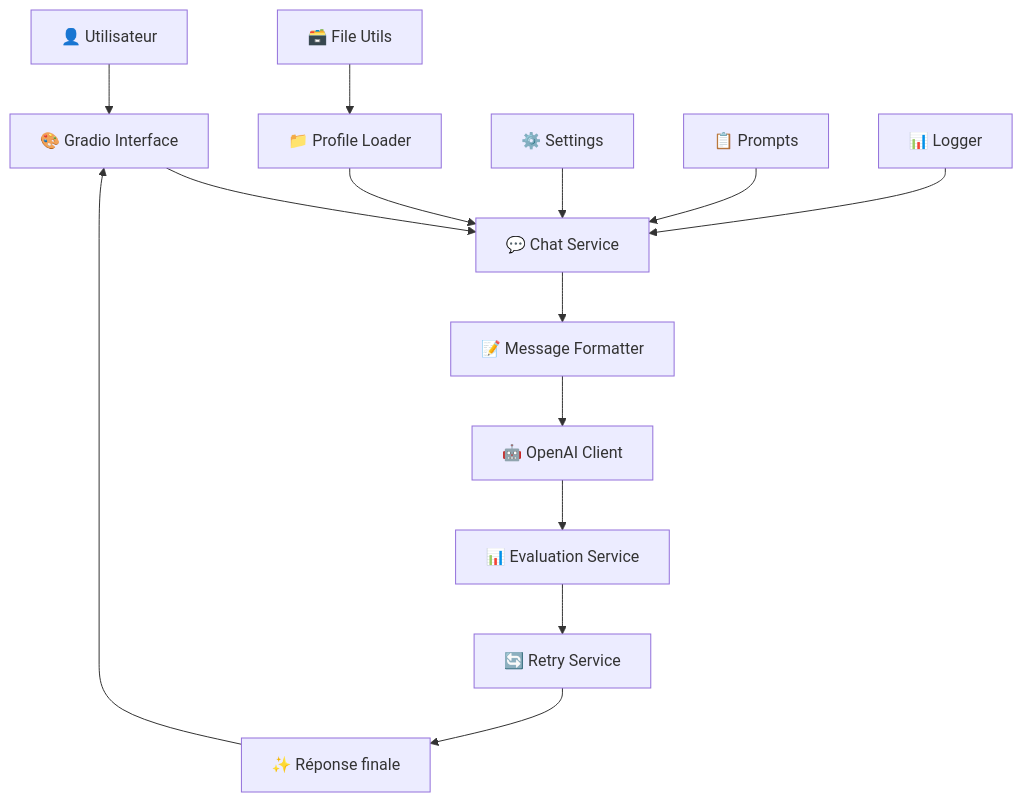
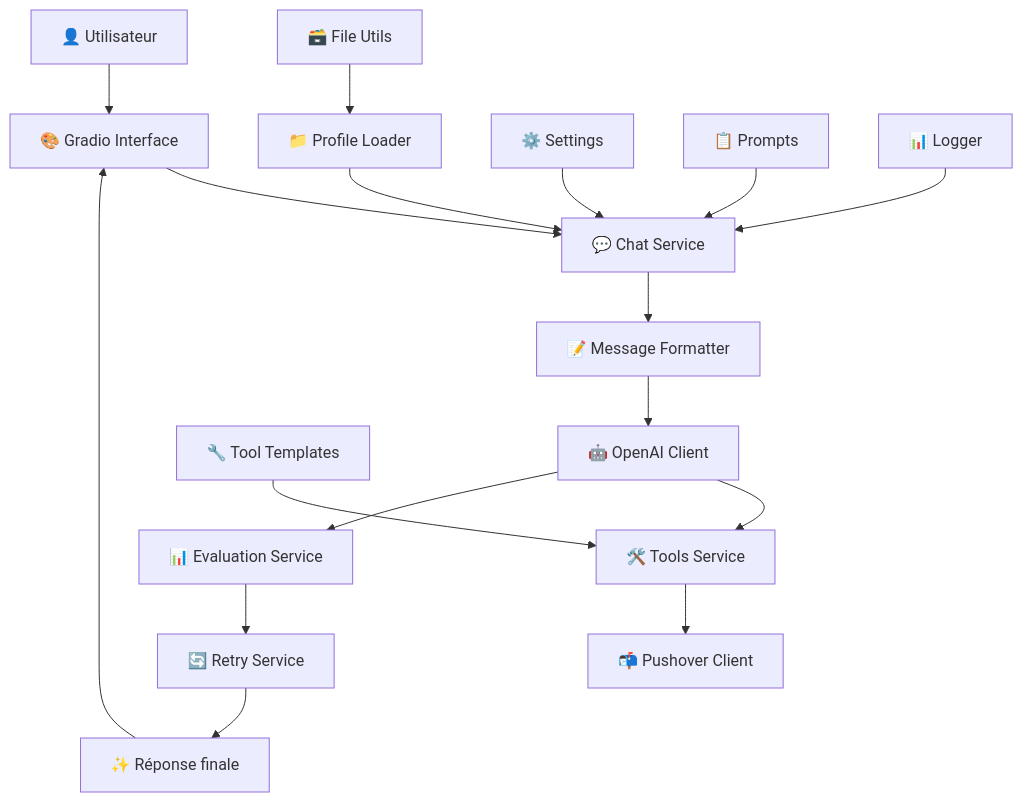
Before and after one commit to PicardRaphael/chat-bot: the first of 3 diagrams in README.md, drawn with Mermaid. The commit also changed other lines of this file, not shown here.

Commit message:
docs: update README with function calling system and Pushover tools configuration details

````diff
--- a/README.md
+++ b/README.md
@@ -137,17 +146,20 @@
 ```mermaid
 graph TB
     A["👤 Utilisateur"] --> B["🎨 Gradio Interface"]
     B --> C["💬 Chat Service"]
     C --> D["📝 Message Formatter"]
     D --> E["🤖 OpenAI Client"]
-    E --> F["📊 Evaluation Service"]
-    F --> G["🔄 Retry Service"]
-    G --> H["✨ Réponse finale"]
-    H --> B
+    E --> F["🛠️ Tools Service"]
+    F --> G["📬 Pushover Client"]
+    E --> H["📊 Evaluation Service"]
+    H --> I["🔄 Retry Service"]
+    I --> J["✨ Réponse finale"]
+    J --> B
 
-    I["📁 Profile Loader"] --> C
-    J["⚙️ Settings"] --> C
-    K["📋 Prompts"] --> C
-    L["🗃️ File Utils"] --> I
-    M["📊 Logger"] --> C
+    K["📁 Profile Loader"] --> C
+    L["⚙️ Settings"] --> C
+    M["📋 Prompts"] --> C
+    N["🗃️ File Utils"] --> K
+    O["📊 Logger"] --> C
+    P["🔧 Tool Templates"] --> F
 ```
````
